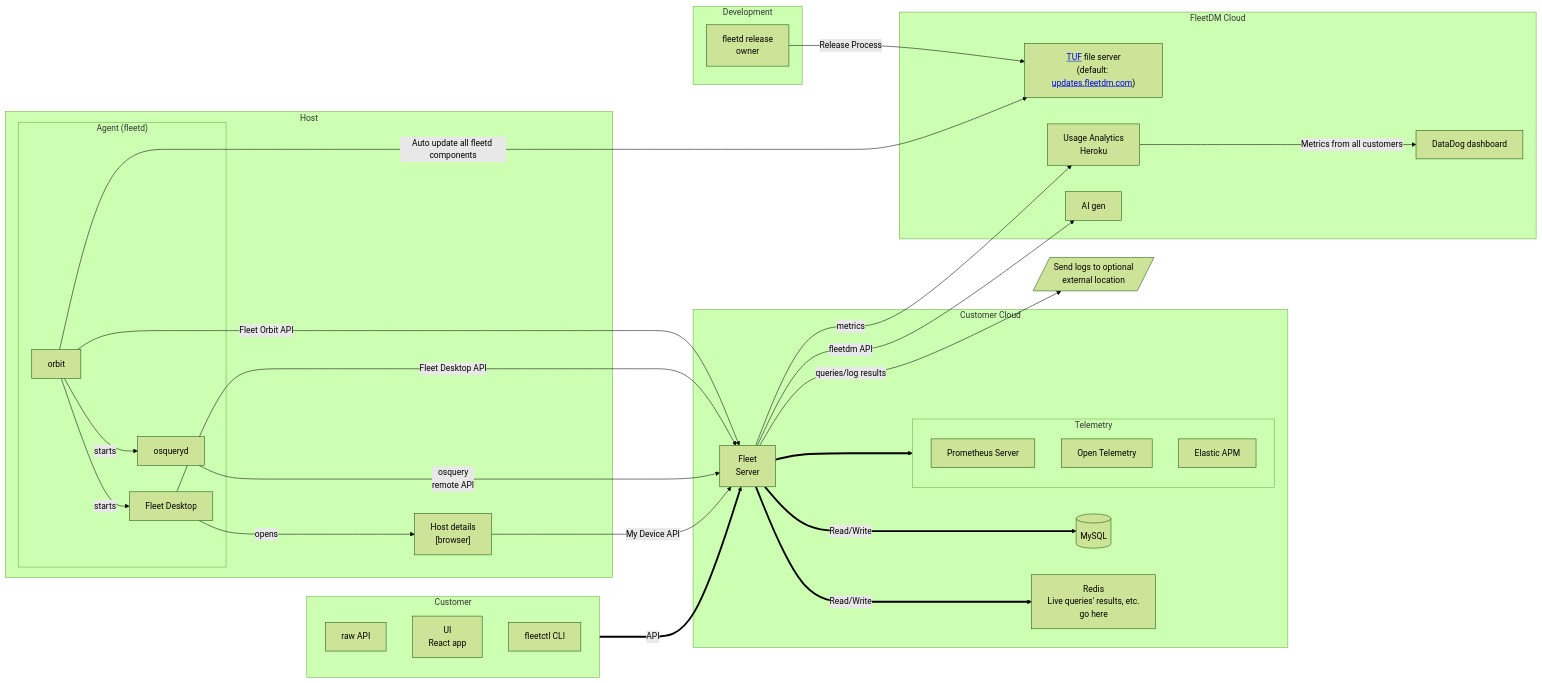
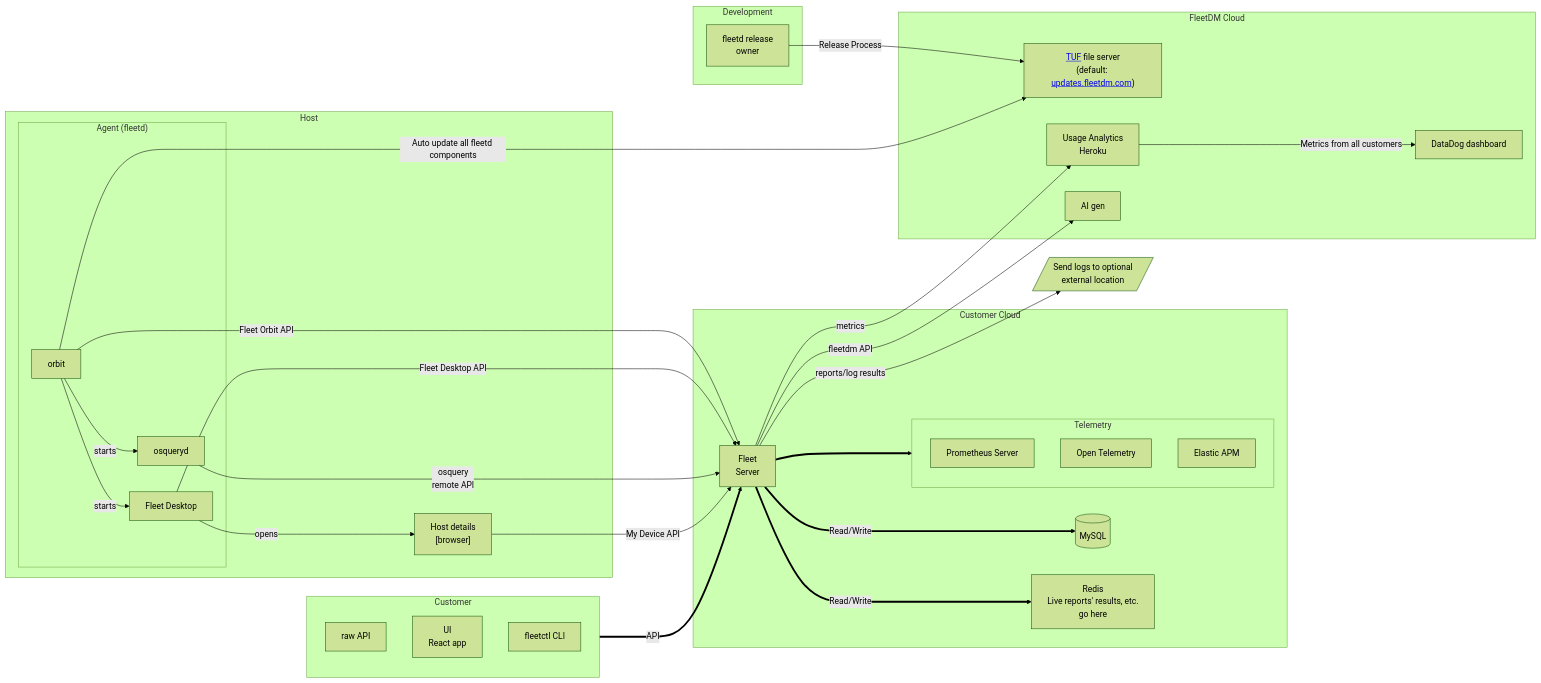
The first of 7 diagrams in docs/Contributing/architecture/high-level-architecture.md (fleetdm/fleet), drawn with Mermaid (forest theme) before and after one commit. The commit also changed other lines of this file and 48 other files, not shown here.

First line of the commit message:
Update reference docs for teams→fleets and queries→reports rename

````diff
--- a/docs/Contributing/architecture/high-level-architecture.md
+++ b/docs/Contributing/architecture/high-level-architecture.md
@@ -38,67 +38,67 @@
 ```mermaid
 graph LR;
     
     subgraph Development
         fleet_release_owner[fleetd release<br>owner];
     end
 
     subgraph Host
         subgraph "Agent (fleetd)"
             orbit[orbit];
             osqueryd[osqueryd];
             desktop[Fleet Desktop];
         end
         desktop_browser["Host details<br>[browser]"];
     end
 
     subgraph Customer Cloud
         fleet_server[Fleet<br>Server];
         db[(MySQL)];
-        redis[Redis<br>Live queries' results, etc. <br>go here];
+        redis[Redis<br>Live reports' results, etc. <br>go here];
         subgraph Telemetry
             prometheus[Prometheus Server];
             opentel[Open Telemetry]
             apm[Elastic APM]
         end
     end
 
     subgraph FleetDM Cloud
         tuf["<a href=https://theupdateframework.io/>TUF</a> file server<br>(default: <a href=https://updates.fleetdm.com>updates.fleetdm.com</a>)"];
         datadog[DataDog dashboard]
         heroku[Usage Analytics<br>Heroku]
         fleetdm[AI gen]
     end
 
     log[/Send logs to optional<br> external location/]
 
     subgraph Customer
         api[raw API]
         frontend["UI<br>React app"]
         fleetctl[fleetctl CLI]
     end
 
 
     fleet_release_owner -- "Release Process" --> tuf;
 
     orbit -- "Fleet Orbit API" --> fleet_server;
     orbit -- "Auto update all fleetd components" --> tuf;
     desktop -- "Fleet Desktop API" --> fleet_server;
     osqueryd -- "osquery<br>remote API" --> fleet_server;
     orbit -- "starts" --> desktop
     orbit -- "starts" --> osqueryd
     desktop -- "opens" -->desktop_browser
     desktop_browser -- "My Device API" --> fleet_server;
 
     heroku -- "Metrics from all customers" --> datadog;
 
     fleet_server == "Read/Write" ==> db;
     fleet_server == "Read/Write" ==> redis;
 
     fleet_server ==> Telemetry;
     fleet_server -- "metrics" --> heroku;
     fleet_server -- "fleetdm API" --> fleetdm
-    fleet_server -- "queries/log results" --> log;
+    fleet_server -- "reports/log results" --> log;
 
     Customer == "API" ==> fleet_server;
 
 ```
````
